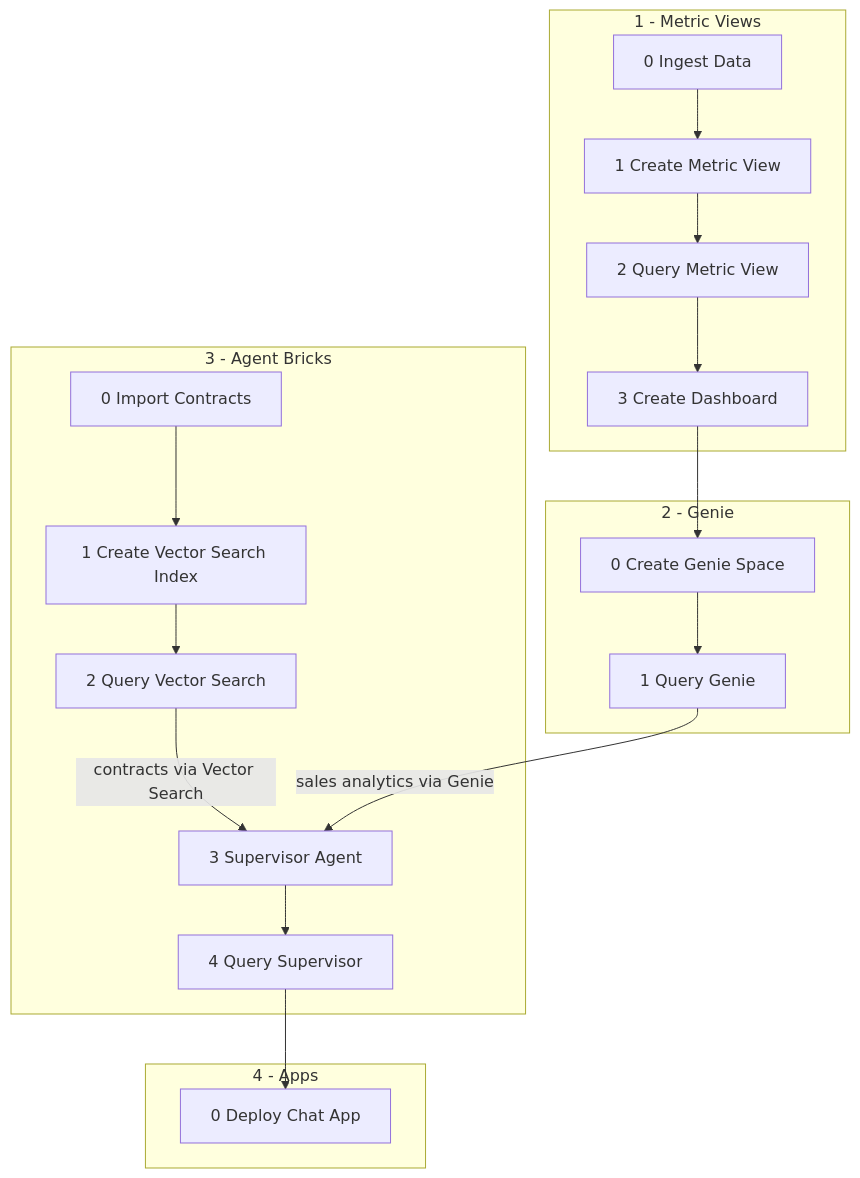
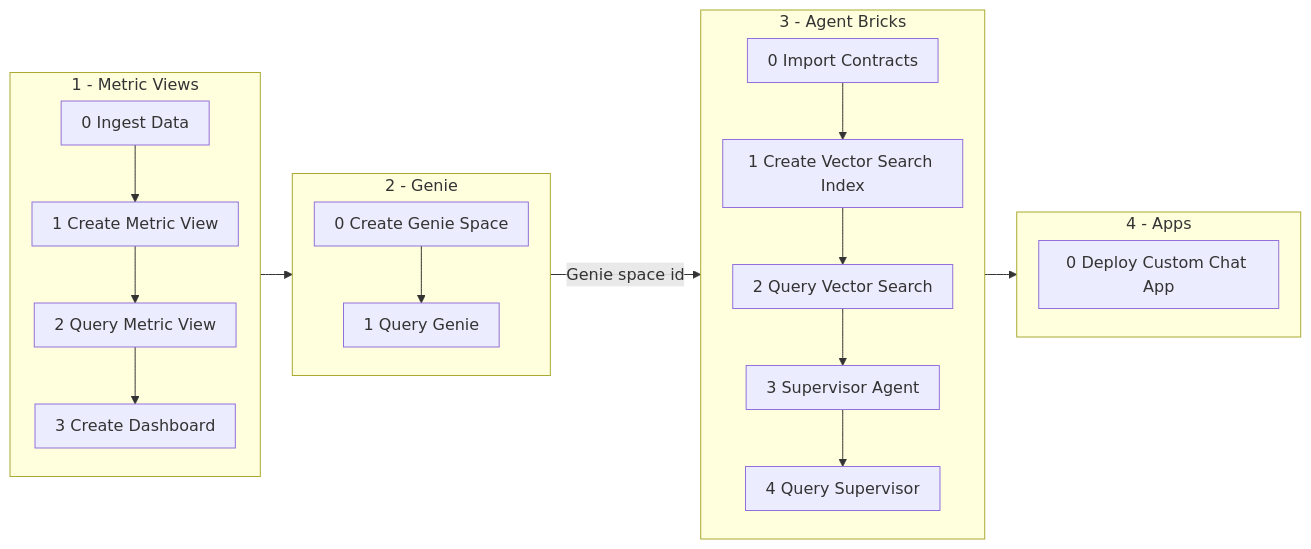
One commit to pedrozanlorensi/marketing-campaign-analytics-workshop changed the diagram in README.md. Above: the diagram before and after it, drawn with Mermaid. The commit also changed other lines of this file and 16 other files, not shown here.

````diff
--- a/README.md
+++ b/README.md
@@ -24,35 +24,27 @@
 ```mermaid
-flowchart TB
+%%{init: {'flowchart': {'padding': 10, 'nodeSpacing': 24, 'rankSpacing': 32}}}%%
+flowchart LR
     subgraph S1["1 - Metric Views"]
-        MV0["0 Ingest Data"]
-        MV1["1 Create Metric View"]
-        MV2["2 Query Metric View"]
-        MV3["3 Create Dashboard"]
-        MV0 --> MV1 --> MV2 --> MV3
+        direction TB
+        MV0["0 Ingest Data"] --> MV1["1 Create Metric View"] --> MV2["2 Query Metric View"] --> MV3["3 Create Dashboard"]
     end
 
     subgraph S2["2 - Genie"]
-        G0["0 Create Genie Space"]
-        G1["1 Query Genie"]
-        G0 --> G1
+        direction TB
+        G0["0 Create Genie Space"] --> G1["1 Query Genie"]
     end
 
     subgraph S3["3 - Agent Bricks"]
-        AB0["0 Import Contracts"]
-        AB1["1 Create Vector Search Index"]
-        AB2["2 Query Vector Search"]
-        AB3["3 Supervisor Agent"]
-        AB4["4 Query Supervisor"]
-        AB0 --> AB1 --> AB2
-        AB3 --> AB4
+        direction TB
+        AB0["0 Import Contracts"] --> AB1["1 Create Vector Search Index"] --> AB2["2 Query Vector Search"] --> AB3["3 Supervisor Agent"] --> AB4["4 Query Supervisor"]
     end
 
     subgraph S4["4 - Apps"]
-        AP0["0 Deploy Chat App"]
+        direction TB
+        AP0["0 Deploy Custom Chat App"]
     end
 
     MV3 --> G0
-    AB2 -->|contracts via Vector Search| AB3
-    G1 -->|sales analytics via Genie| AB3
+    G1 -->|Genie space id| AB3
     AB4 --> AP0
 ```
````
